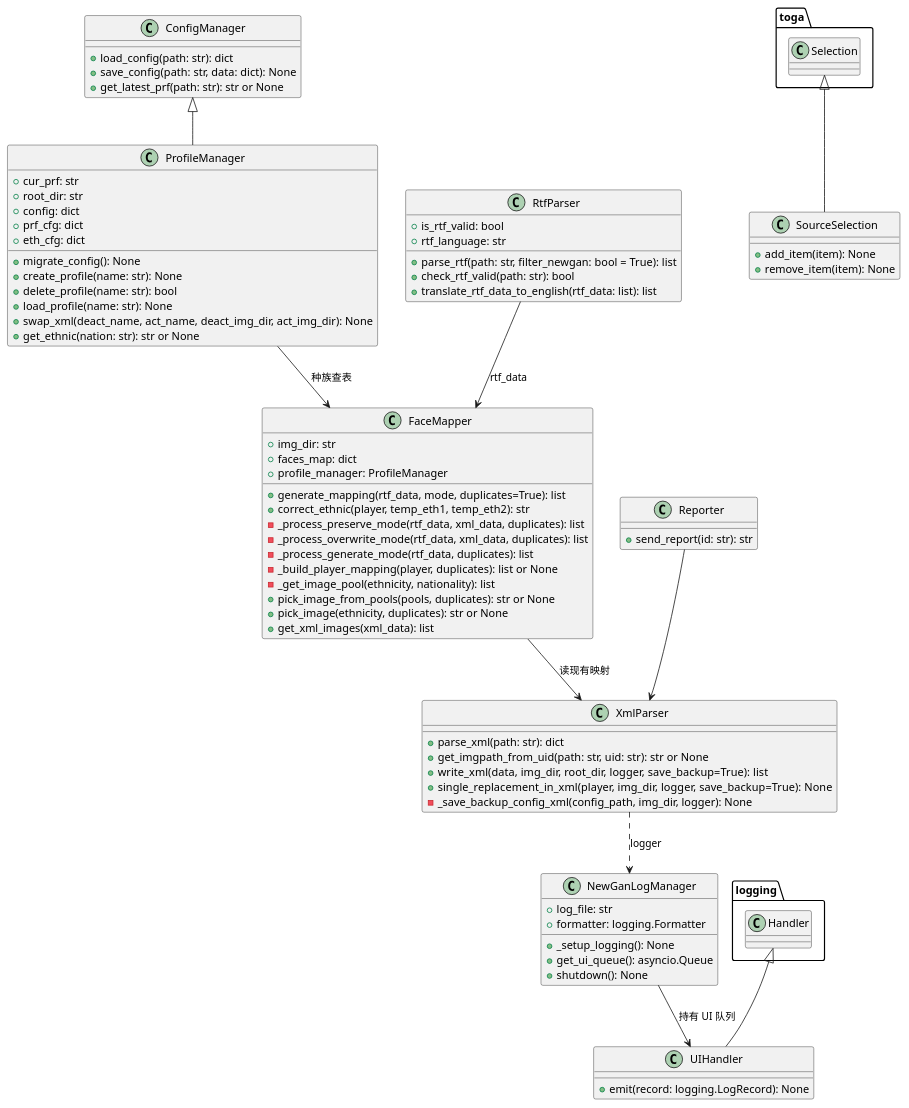
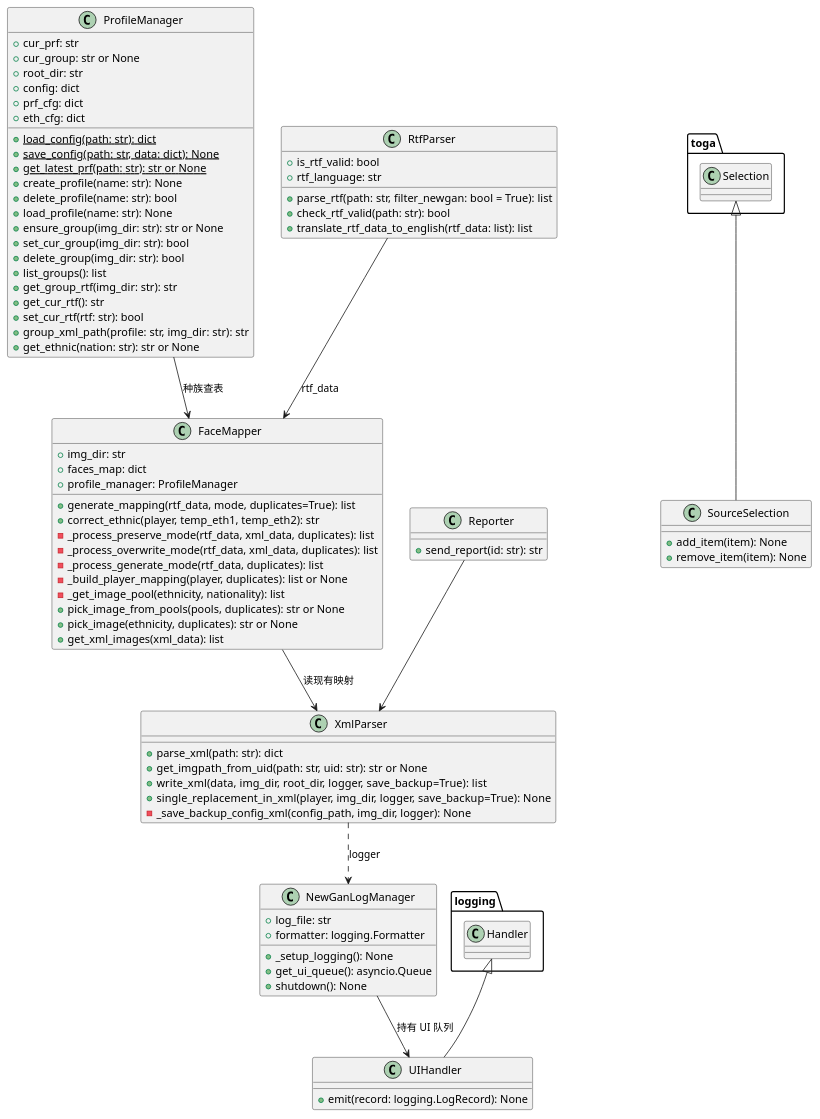
One commit to huangzhanhao/NewGAN-Manager-ByHzH changed the first of 2 diagrams in docs/ARCHITECTURE.md. Above: the diagram before and after it, drawn with PlantUML. The commit also changed other lines of this file and 18 other files, not shown here.

````diff
--- a/docs/ARCHITECTURE.md
+++ b/docs/ARCHITECTURE.md
@@ -137,22 +169,26 @@
 ```plantuml
 @startuml
-class ConfigManager {
-  +load_config(path: str): dict
-  +save_config(path: str, data: dict): None
-  +get_latest_prf(path: str): str or None
-}
-
 class ProfileManager {
   +cur_prf: str
+  +cur_group: str or None
   +root_dir: str
   +config: dict
   +prf_cfg: dict
   +eth_cfg: dict
-  +migrate_config(): None
+  +{static} load_config(path: str): dict
+  +{static} save_config(path: str, data: dict): None
+  +{static} get_latest_prf(path: str): str or None
   +create_profile(name: str): None
   +delete_profile(name: str): bool
   +load_profile(name: str): None
-  +swap_xml(deact_name, act_name, deact_img_dir, act_img_dir): None
+  +ensure_group(img_dir: str): str or None
+  +set_cur_group(img_dir: str): bool
+  +delete_group(img_dir: str): bool
+  +list_groups(): list
+  +get_group_rtf(img_dir: str): str
+  +get_cur_rtf(): str
+  +set_cur_rtf(rtf: str): bool
+  +group_xml_path(profile: str, img_dir: str): str
   +get_ethnic(nation: str): str or None
 }
 
@@ -209,7 +245,6 @@
   +send_report(id: str): str
 }
 
-ConfigManager <|-- ProfileManager
 ProfileManager --> FaceMapper : 种族查表
 RtfParser --> FaceMapper : rtf_data
 FaceMapper --> XmlParser : 读现有映射
````
